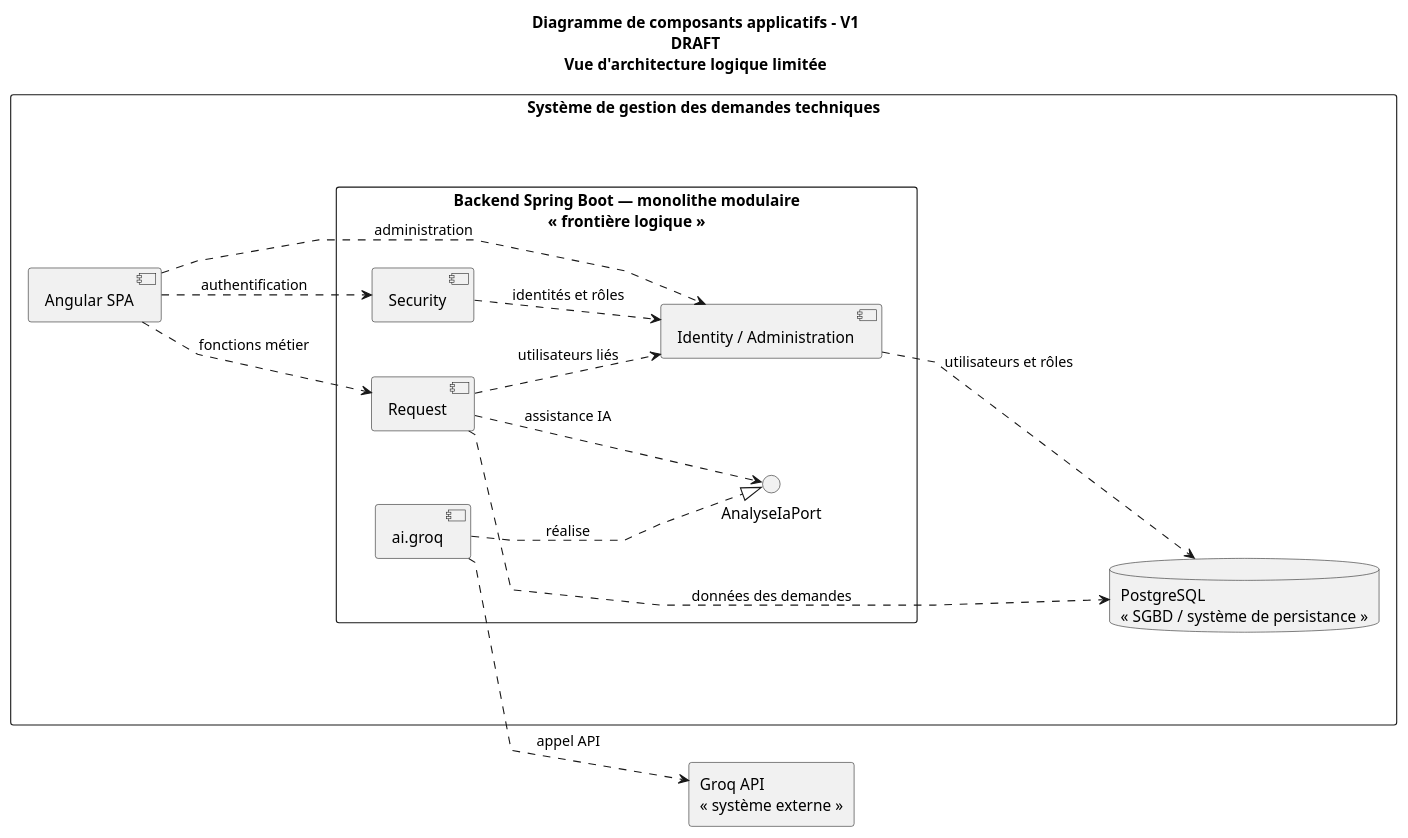
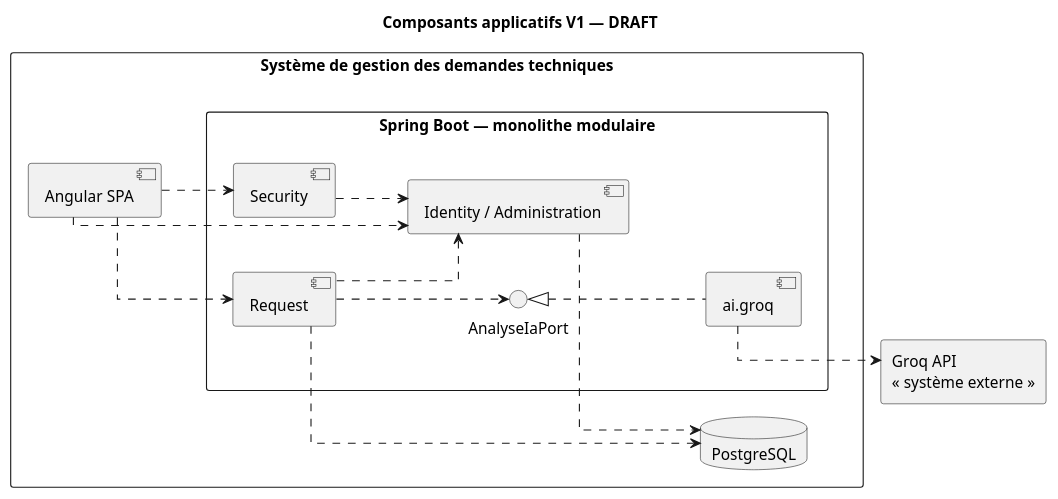
One commit to akrouty/gestion-demandes-techniques changed the diagram in docs/uml/component/application-components-v1.puml. Above: the diagram before and after it, drawn with PlantUML. The commit also changed 2 other files, not shown here.

Commit message:
fixer les diagramme UML

```diff
--- a/docs/uml/component/application-components-v1.puml
+++ b/docs/uml/component/application-components-v1.puml
@@ -1,52 +1,41 @@
 @startuml
-
+!pragma horizontalLineBetweenDifferentPackageAllowed
 ' Statut : DRAFT
-' Niveau : conception logique
-' Type de vue : architecture logique limitée
-' Objectif : montrer les composants logiques décidés et leurs dépendances importantes
-title Diagramme de composants applicatifs - V1\nDRAFT\nVue d'architecture logique limitée
-
+' Vue logique limitée ; aucun détail de déploiement.
+title Composants applicatifs V1 — DRAFT
 left to right direction
 skinparam monochrome true
 skinparam shadowing false
 skinparam backgroundColor white
 skinparam componentStyle uml2
-skinparam linetype polyline
+skinparam linetype ortho
 skinparam nodesep 50
 skinparam ranksep 65
-
 rectangle "Système de gestion des demandes techniques" as SYSTEM {
   component "Angular SPA" as SPA
-
-  rectangle "Backend Spring Boot — monolithe modulaire\n« frontière logique »" as BACKEND {
-    together {
-      component "Security" as SECURITY
-      component "Request" as REQUEST
-      component "Identity / Administration" as IDENTITY
-    }
+  rectangle "Spring Boot — monolithe modulaire" as BACKEND {
+    component "Security" as SECURITY
+    component "Request" as REQUEST
+    component "Identity / Administration" as IDENTITY
     interface "AnalyseIaPort" as AI_CONTRACT
     component "ai.groq" as AI
   }
-
-  database "PostgreSQL\n« SGBD / système de persistance »" as POSTGRES
+  database "PostgreSQL" as POSTGRES
 }
-
 rectangle "Groq API\n« système externe »" as GROQ
-AI ..> GROQ : appel API
-
-SPA -[hidden]right- SECURITY
-BACKEND -[hidden]down- POSTGRES
-
-SPA ..> SECURITY : authentification
-SPA ..> REQUEST : fonctions métier
-SPA ..> IDENTITY : administration
-
-SECURITY ..> IDENTITY : identités et rôles
-REQUEST ..> IDENTITY : utilisateurs liés
-REQUEST ..> AI_CONTRACT : assistance IA
-AI ..|> AI_CONTRACT : réalise
-
-REQUEST ..> POSTGRES : données des demandes
-IDENTITY ..> POSTGRES : utilisateurs et rôles
-
+SPA .down.> SECURITY
+SPA .down.> REQUEST
+SPA .down.> IDENTITY
+SECURITY .down.> IDENTITY
+REQUEST .down.> IDENTITY
+REQUEST .down.> AI_CONTRACT
+AI .up.|> AI_CONTRACT
+AI .down.> GROQ
+REQUEST .down.> POSTGRES
+IDENTITY .down.> POSTGRES
+' Contraintes graphiques uniquement.
+BACKEND -[hidden]down-> POSTGRES
+SECURITY -[hidden]right- REQUEST
+IDENTITY -[hidden]right- AI_CONTRACT
+POSTGRES -[hidden]right- GROQ
 @enduml
```
